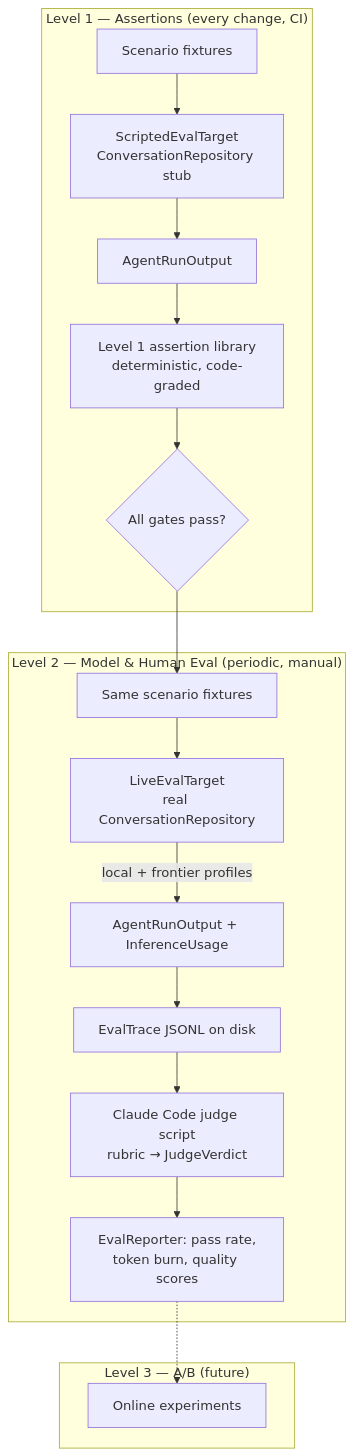
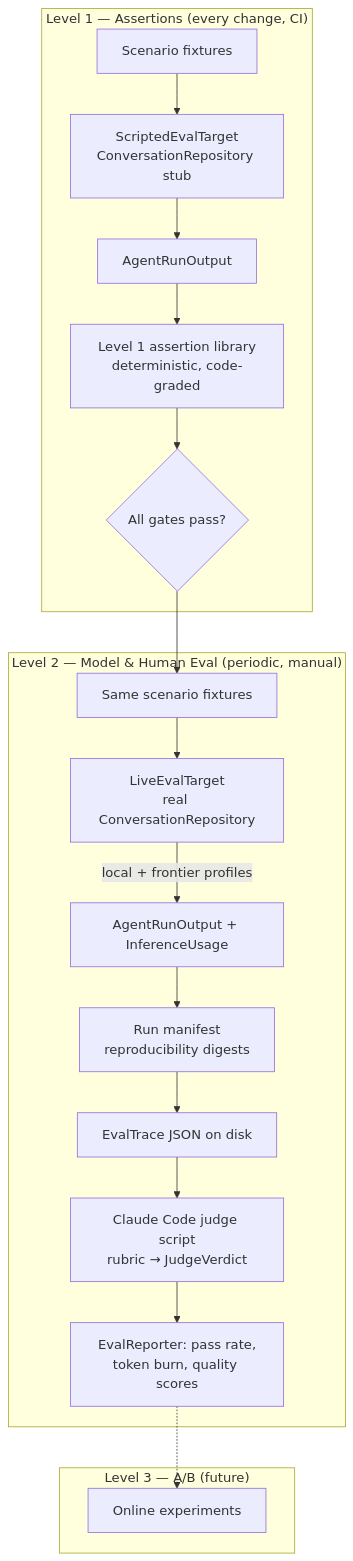
One commit to matthiasn/lotti changed the first of 2 diagrams in docs/adr/0029-agent-evaluation-harness.md. Above: the diagram before and after it, drawn with Mermaid. The commit also changed other lines of this file and 59 other files, not shown here.

````diff
--- a/docs/adr/0029-agent-evaluation-harness.md
+++ b/docs/adr/0029-agent-evaluation-harness.md
@@ -78,20 +78,21 @@
 ```mermaid
 flowchart TD
   subgraph L1["Level 1 — Assertions (every change, CI)"]
     S1[Scenario fixtures] --> SCR[ScriptedEvalTarget<br/>ConversationRepository stub]
     SCR --> O1[AgentRunOutput]
     O1 --> A[Level 1 assertion library<br/>deterministic, code-graded]
     A --> G{All gates pass?}
   end
   subgraph L2["Level 2 — Model & Human Eval (periodic, manual)"]
     S2[Same scenario fixtures] --> LIVE[LiveEvalTarget<br/>real ConversationRepository]
     LIVE -->|local + frontier profiles| O2[AgentRunOutput + InferenceUsage]
-    O2 --> TR[EvalTrace JSONL on disk]
+    O2 --> MAN[Run manifest<br/>reproducibility digests]
+    MAN --> TR[EvalTrace JSON on disk]
     TR --> J[Claude Code judge script<br/>rubric → JudgeVerdict]
     J --> R[EvalReporter: pass rate,<br/>token burn, quality scores]
   end
   subgraph L3["Level 3 — A/B (future)"]
     R -.-> AB[Online experiments]
   end
   G --> S2
 ```
````
